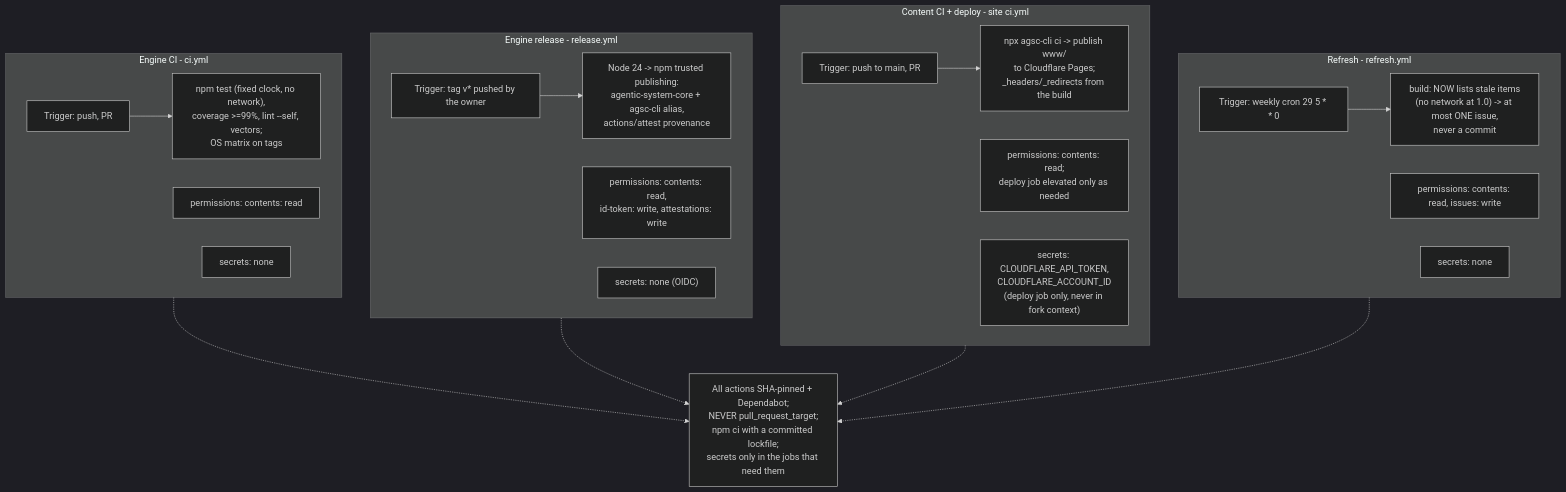
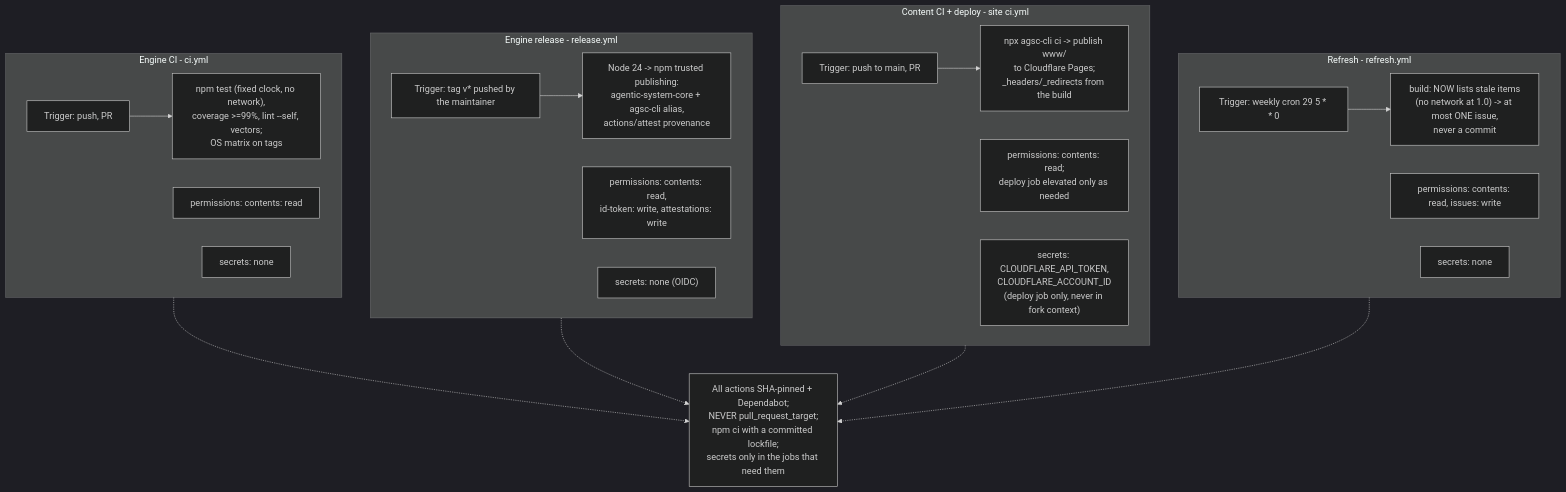
Before and after one commit to andreibesleaga/agentic-system-core: the first of 2 diagrams in docs/diagrams/workflow-ci-cd.md, drawn with Mermaid (dark theme). The commit also changed 11 other files, not shown here.

````diff
--- a/docs/diagrams/workflow-ci-cd.md
+++ b/docs/diagrams/workflow-ci-cd.md
@@ -5,40 +5,40 @@
 ```mermaid
 flowchart TD
   subgraph L1["Engine CI - ci.yml"]
     T1["Trigger: push, PR"]
     P1["permissions: contents: read"]
     Sec1["secrets: none"]
     R1["npm test (fixed clock, no network),\ncoverage >=99%, lint --self, vectors;\nOS matrix on tags"]
     T1 --> R1
   end
 
   subgraph L2["Engine release - release.yml"]
-    T2["Trigger: tag v* pushed by the owner"]
+    T2["Trigger: tag v* pushed by the maintainer"]
     P2["permissions: contents: read,\nid-token: write, attestations: write"]
     Sec2["secrets: none (OIDC)"]
     R2["Node 24 -> npm trusted publishing:\nagentic-system-core + agsc-cli alias,\nactions/attest provenance"]
     T2 --> R2
   end
 
   subgraph L3["Content CI + deploy - site ci.yml"]
     T3["Trigger: push to main, PR"]
     P3["permissions: contents: read;\ndeploy job elevated only as needed"]
     Sec3["secrets: CLOUDFLARE_API_TOKEN,\nCLOUDFLARE_ACCOUNT_ID\n(deploy job only, never in fork context)"]
     R3["npx agsc-cli ci -> publish www/\nto Cloudflare Pages;\n_headers/_redirects from the build"]
     T3 --> R3
   end
 
   subgraph L4["Refresh - refresh.yml"]
     T4["Trigger: weekly cron 29 5 * * 0"]
     P4["permissions: contents: read, issues: write"]
     Sec4["secrets: none"]
     R4["build: NOW lists stale items\n(no network at 1.0) -> at most ONE issue,\nnever a commit"]
     T4 --> R4
   end
 
   NOTE["All actions SHA-pinned + Dependabot;\nNEVER pull_request_target;\nnpm ci with a committed lockfile;\nsecrets only in the jobs that need them"]
   L1 -.-> NOTE
   L2 -.-> NOTE
   L3 -.-> NOTE
   L4 -.-> NOTE
 ```
````
